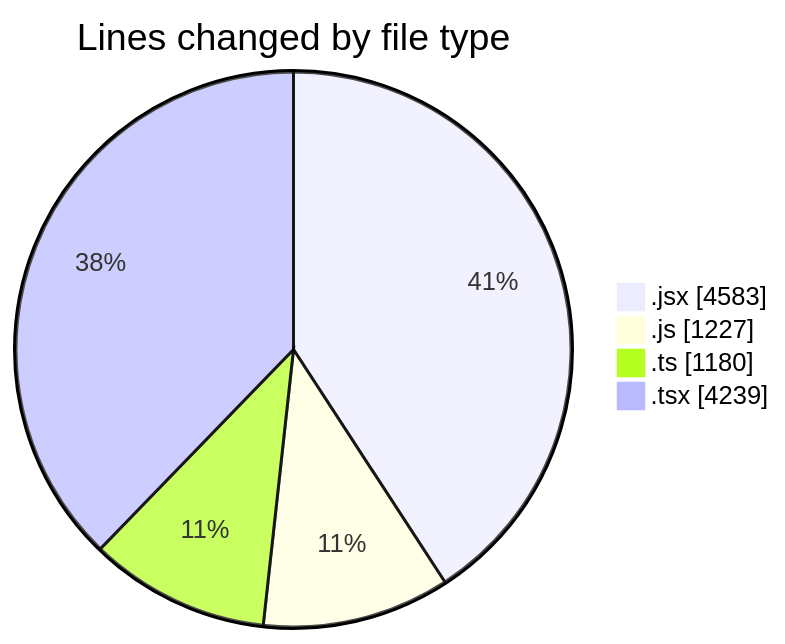
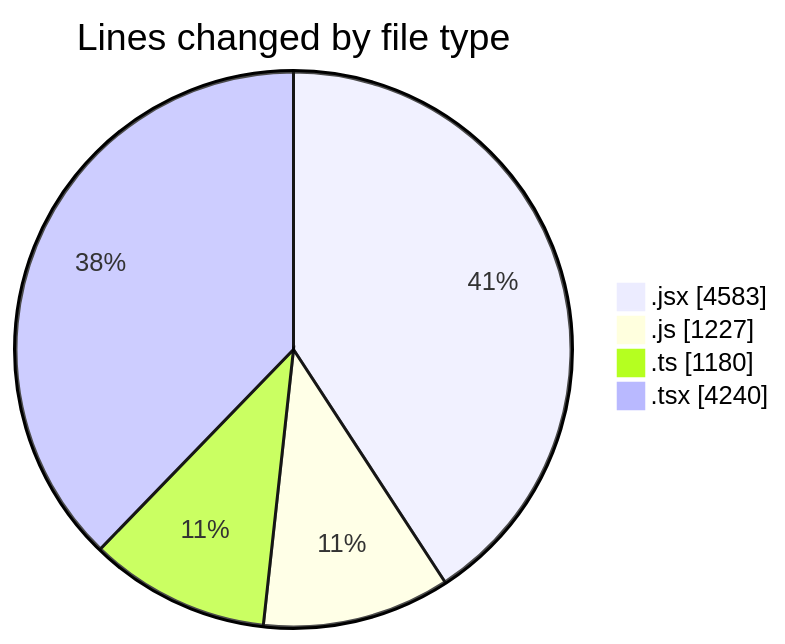
Before and after one commit to nxtqubesakshisongat/code-tracking: the first of 2 diagrams in 2026-01-21/nxtqube_webapp/README.md, drawn with Mermaid. The commit also changed other lines of this file and 1 other file, not shown here.

````diff
--- a/2026-01-21/nxtqube_webapp/README.md
+++ b/2026-01-21/nxtqube_webapp/README.md
@@ -26,8 +26,8 @@
 ```mermaid
 pie showData
 title Lines changed by file type
 ".jsx" : 4583
 ".js" : 1227
 ".ts" : 1180
-".tsx" : 4239
+".tsx" : 4240
 ```
````
